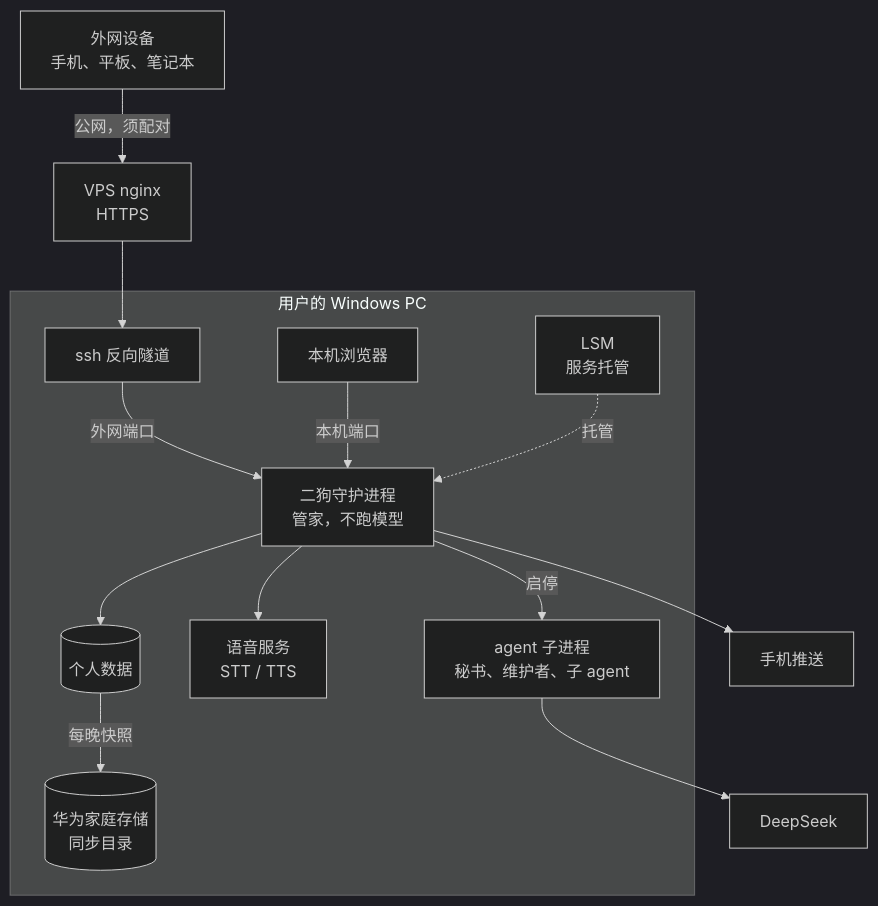
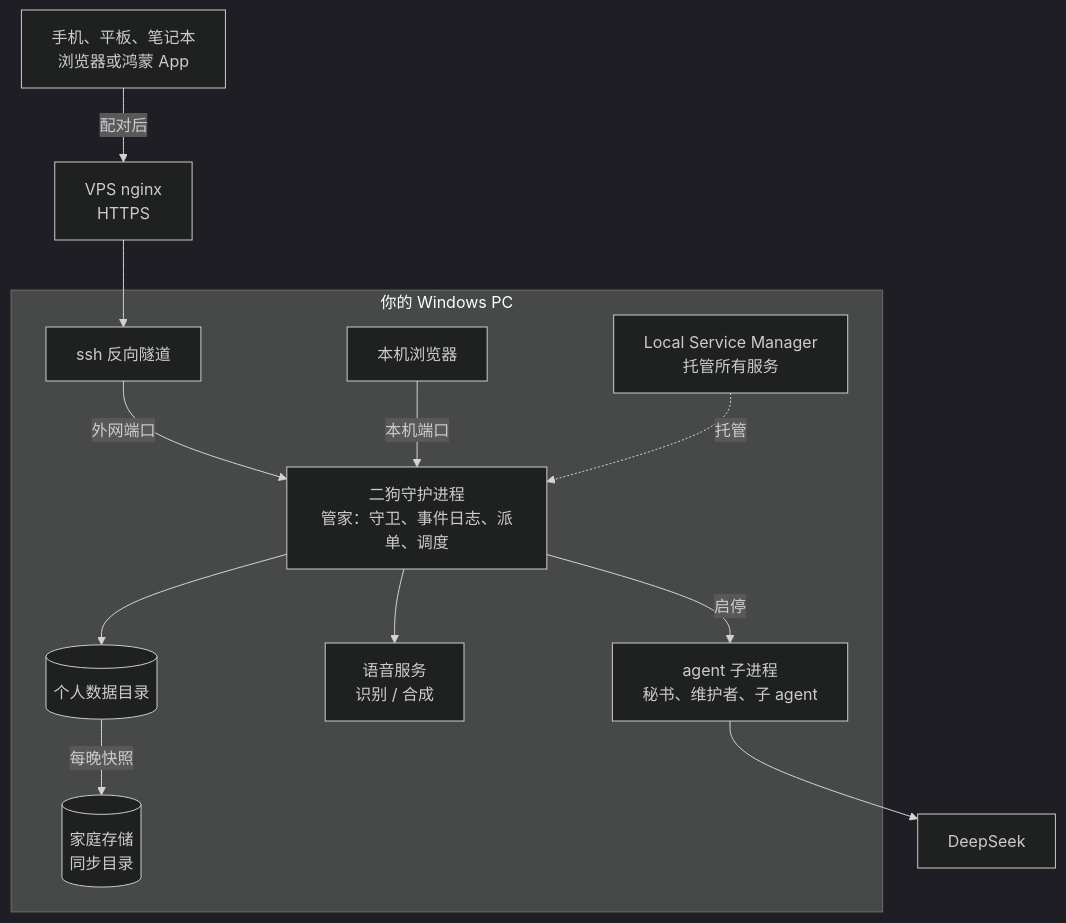
Before and after one commit to catmaniii/ergo: the second of 2 diagrams in README.md, drawn with Mermaid (dark theme). The commit also changed other lines of this file and 14 other files, not shown here.

First line of the commit message:
docs: README 按 0.2.0 重写（第一期亮点：长程任务一次授权执行到底、时间线三层缩放、守卫、三种做法 × 三种触发、项目与维护者、语音、多端；和 OpenClaw 的对照；第二期规划），配经典、贴纸便当、像素小屋三套风格的截图；英文版同步

````diff
--- a/README.md
+++ b/README.md
@@ -297,28 +215,24 @@
 ```mermaid
 flowchart TB
-    CLIENTS["外网设备<br/>手机、平板、笔记本"]
+    CLIENTS["手机、平板、笔记本<br/>浏览器或鸿蒙 App"]
     NGX["VPS nginx<br/>HTTPS"]
-    subgraph PC["用户的 Windows PC"]
+    subgraph PC["你的 Windows PC"]
         LOCAL["本机浏览器"]
         TUN["ssh 反向隧道"]
-        LSM["LSM<br/>服务托管"]
-        DAEMON["二狗守护进程<br/>管家，不跑模型"]
+        LSM["Local Service Manager<br/>托管所有服务"]
+        DAEMON["二狗守护进程<br/>管家：守卫、事件日志、派单、调度"]
         AGENTS["agent 子进程<br/>秘书、维护者、子 agent"]
-        SPEECH["语音服务<br/>STT / TTS"]
-        DATA[("个人数据")]
-        SYNC[("华为家庭存储<br/>同步目录")]
+        SPEECH["语音服务<br/>识别 / 合成"]
+        DATA[("个人数据目录")]
+        SYNC[("家庭存储<br/>同步目录")]
     end
     DS["DeepSeek"]
-    PUSH["手机推送"]
-    CLIENTS -->|"公网，须配对"| NGX
-    NGX --> TUN
-    TUN -->|"外网端口"| DAEMON
+    CLIENTS -->|"配对后"| NGX --> TUN -->|"外网端口"| DAEMON
     LOCAL -->|"本机端口"| DAEMON
     LSM -.->|"托管"| DAEMON
     DAEMON -->|"启停"| AGENTS
     AGENTS --> DS
     DAEMON --> SPEECH
     DAEMON --> DATA
-    DAEMON --> PUSH
     DATA -->|"每晚快照"| SYNC
 ```
````
